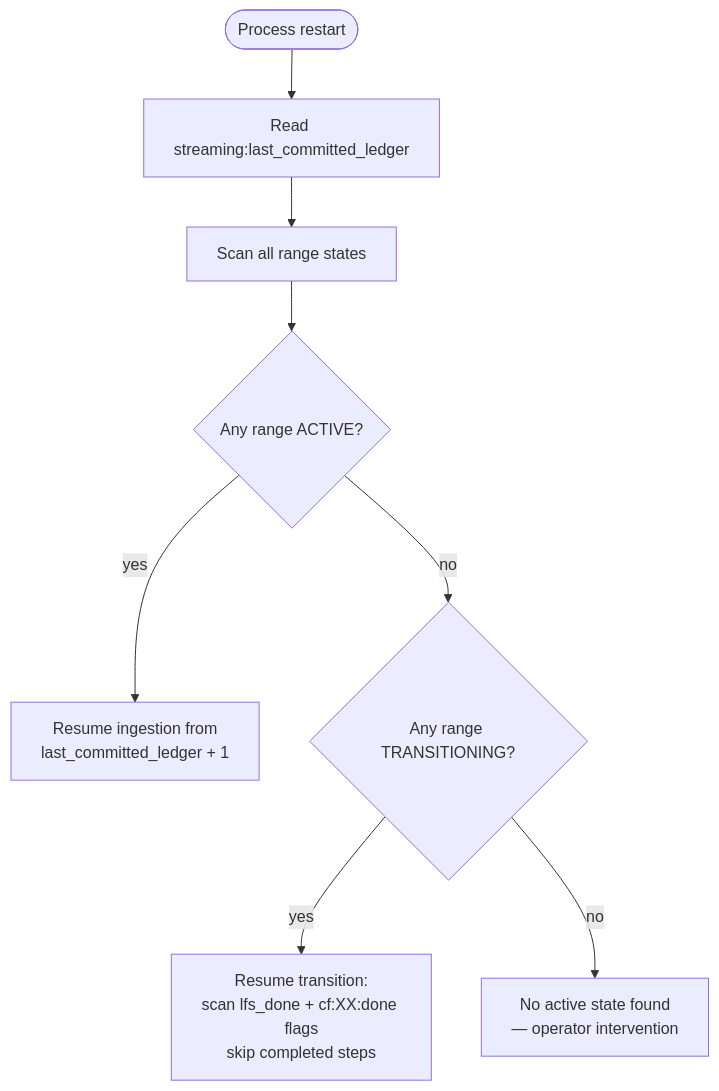
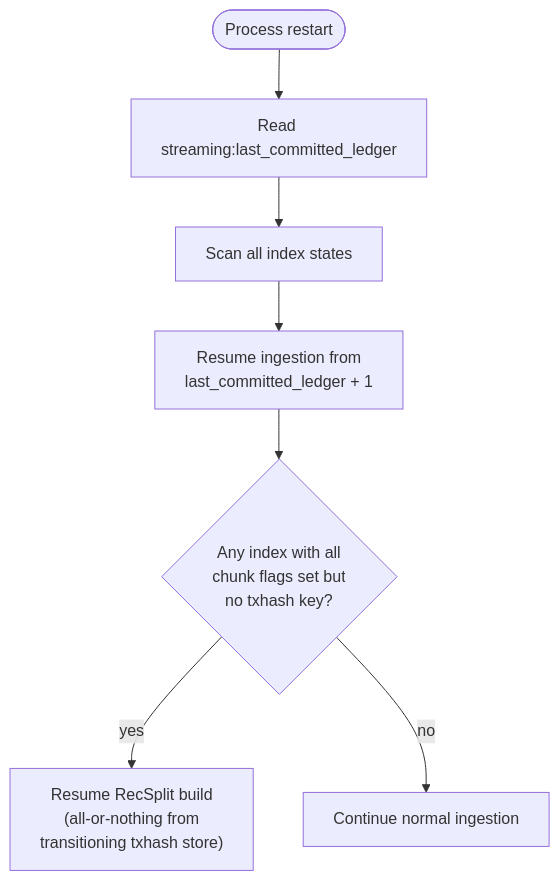
Before and after one commit to stellar/stellar-rpc: diagram 12 of 12 in full-history/design-docs/01-architecture-overview.md, drawn with Mermaid. The commit also changed other lines of this file and 17 other files, not shown here.

````diff
--- a/full-history/design-docs/01-architecture-overview.md
+++ b/full-history/design-docs/01-architecture-overview.md
@@ -326,10 +330,9 @@
 ```mermaid
 flowchart TD
     START(["Process restart"]) --> READ_LCL["Read streaming:last_committed_ledger"]
-    READ_LCL --> SCAN_RANGES2["Scan all range states"]
-    SCAN_RANGES2 --> CHECK_ACTIVE{Any range ACTIVE?}
-    CHECK_ACTIVE -->|yes| RESUME_INGEST["Resume ingestion from\nlast_committed_ledger + 1"]
-    CHECK_ACTIVE -->|no| CHECK_TRANS{Any range TRANSITIONING?}
-    CHECK_TRANS -->|yes| RESUME_TRANS["Resume transition:\nscan lfs_done + cf:XX:done flags\nskip completed steps"]
-    CHECK_TRANS -->|no| ERROR["No active state found\n— operator intervention"]
+    READ_LCL --> SCAN_RANGES2["Scan all index states"]
+    SCAN_RANGES2 --> RESUME_INGEST["Resume ingestion from\nlast_committed_ledger + 1"]
+    RESUME_INGEST --> CHECK_TRANS{Any index with all\nchunk flags set but\nno txhash key?}
+    CHECK_TRANS -->|yes| RESUME_TRANS["Resume RecSplit build\n(all-or-nothing from\ntransitioning txhash store)"]
+    CHECK_TRANS -->|no| CONTINUE["Continue normal ingestion"]
 ```
````
